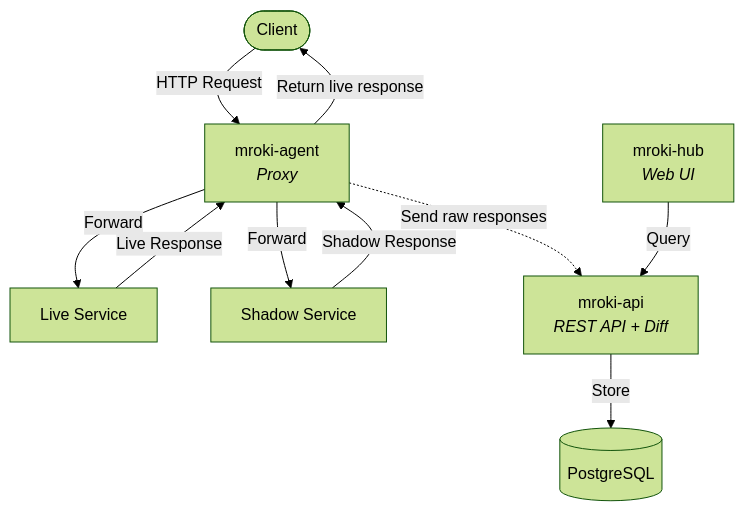
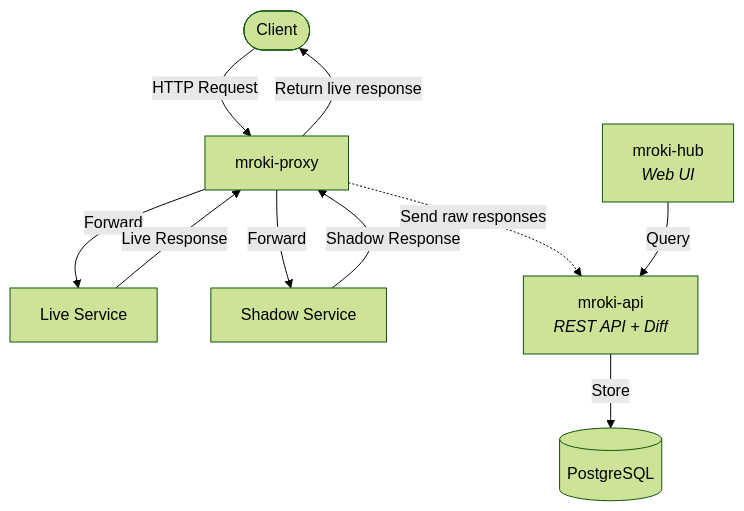
Before and after one commit to pedrobarco/mroki: the diagram in README.md, drawn with Mermaid (forest theme). The commit also changed other lines of this file and 32 other files, not shown here.

First line of the commit message:
refactor: rename mroki-agent to mroki-proxy

````diff
--- a/README.md
+++ b/README.md
@@ -46,12 +46,12 @@
 ```mermaid
 graph TD
-    Client([Client]) -->|HTTP Request| Agent[mroki-agent<br><i>Proxy</i>]
-    Agent -->|Forward| Live[Live Service]
-    Agent -->|Forward| Shadow[Shadow Service]
-    Live -->|Live Response| Agent
-    Shadow -->|Shadow Response| Agent
-    Agent -->|Return live response| Client
-    Agent -.->|Send raw responses| API[mroki-api<br><i>REST API + Diff</i>]
+    Client([Client]) -->|HTTP Request| Proxy[mroki-proxy]
+    Proxy -->|Forward| Live[Live Service]
+    Proxy -->|Forward| Shadow[Shadow Service]
+    Live -->|Live Response| Proxy
+    Shadow -->|Shadow Response| Proxy
+    Proxy -->|Return live response| Client
+    Proxy -.->|Send raw responses| API[mroki-api<br><i>REST API + Diff</i>]
     API -->|Store| DB[(PostgreSQL)]
     Hub[mroki-hub<br><i>Web UI</i>] -->|Query| API
 ```
````
